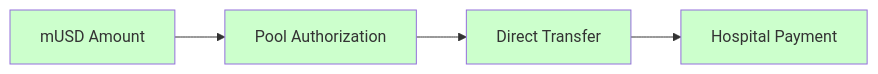
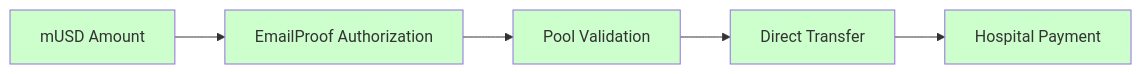
Before and after one commit to ppezzull/zkMed: the eighth of 12 diagrams in memory-bank/systemPatterns.md, drawn with Mermaid. The commit also changed other lines of this file and 7 other files, not shown here.

````diff
--- a/memory-bank/systemPatterns.md
+++ b/memory-bank/systemPatterns.md
@@ -162,9 +184,10 @@
 ```mermaid
 graph LR
-    A[mUSD Amount] --> B[Pool Authorization]
-    B --> C[Direct Transfer]
-    C --> D[Hospital Payment]
+    A[mUSD Amount] --> B[EmailProof Authorization]
+    B --> C[Pool Validation]
+    C --> D[Direct Transfer]
+    D --> E[Hospital Payment]
     
     classDef success fill:#ccffcc
-    class A,B,C,D success
+    class A,B,C,D,E success
 ```
````
